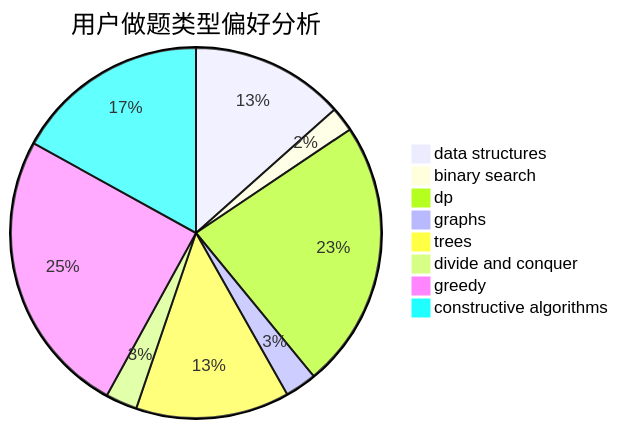
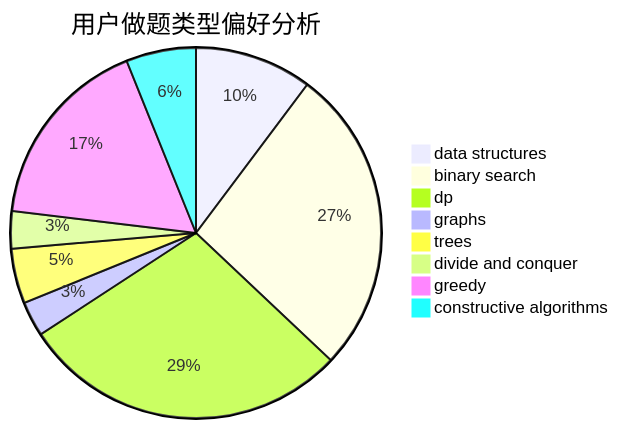
The second of 3 diagrams in docs/user/u2664.md (sherpahu/cfrs.github.io), drawn with Mermaid before and after one commit. The commit also changed other lines of this file and 2770 other files, not shown here.

````diff
--- a/docs/user/u2664.md
+++ b/docs/user/u2664.md
@@ -23,11 +23,11 @@
 ```mermaid
 pie title 用户做题类型偏好分析
-    "data structures" :  68
-    "binary search" :  11
-    "dp" :  119
+    "data structures" :  47
+    "binary search" :  123
+    "dp" :  132
     "graphs" :  14
-    "trees" :  68
-    "divide and conquer" :  14
-    "greedy" :  127
-    "constructive algorithms" :  86
+    "trees" :  22
+    "divide and conquer" :  15
+    "greedy" :  78
+    "constructive algorithms" :  28
 ```
````
